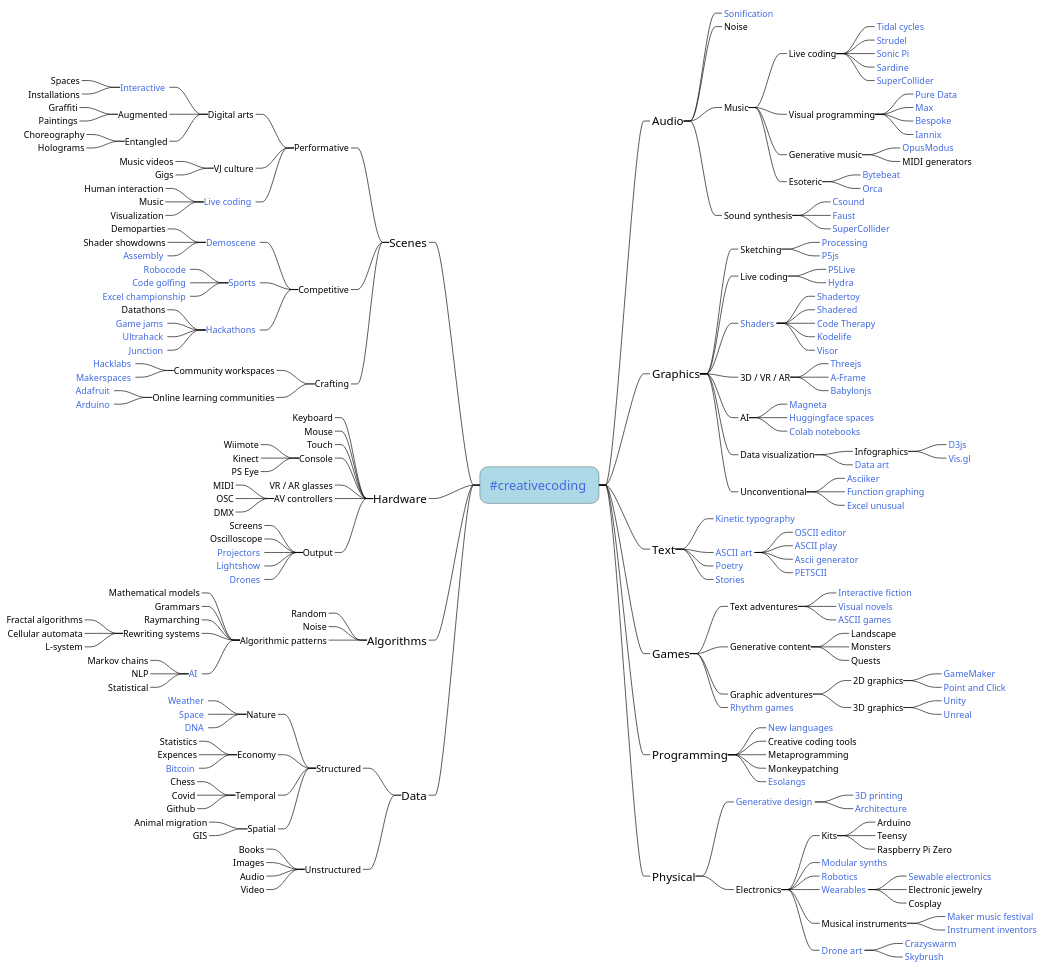
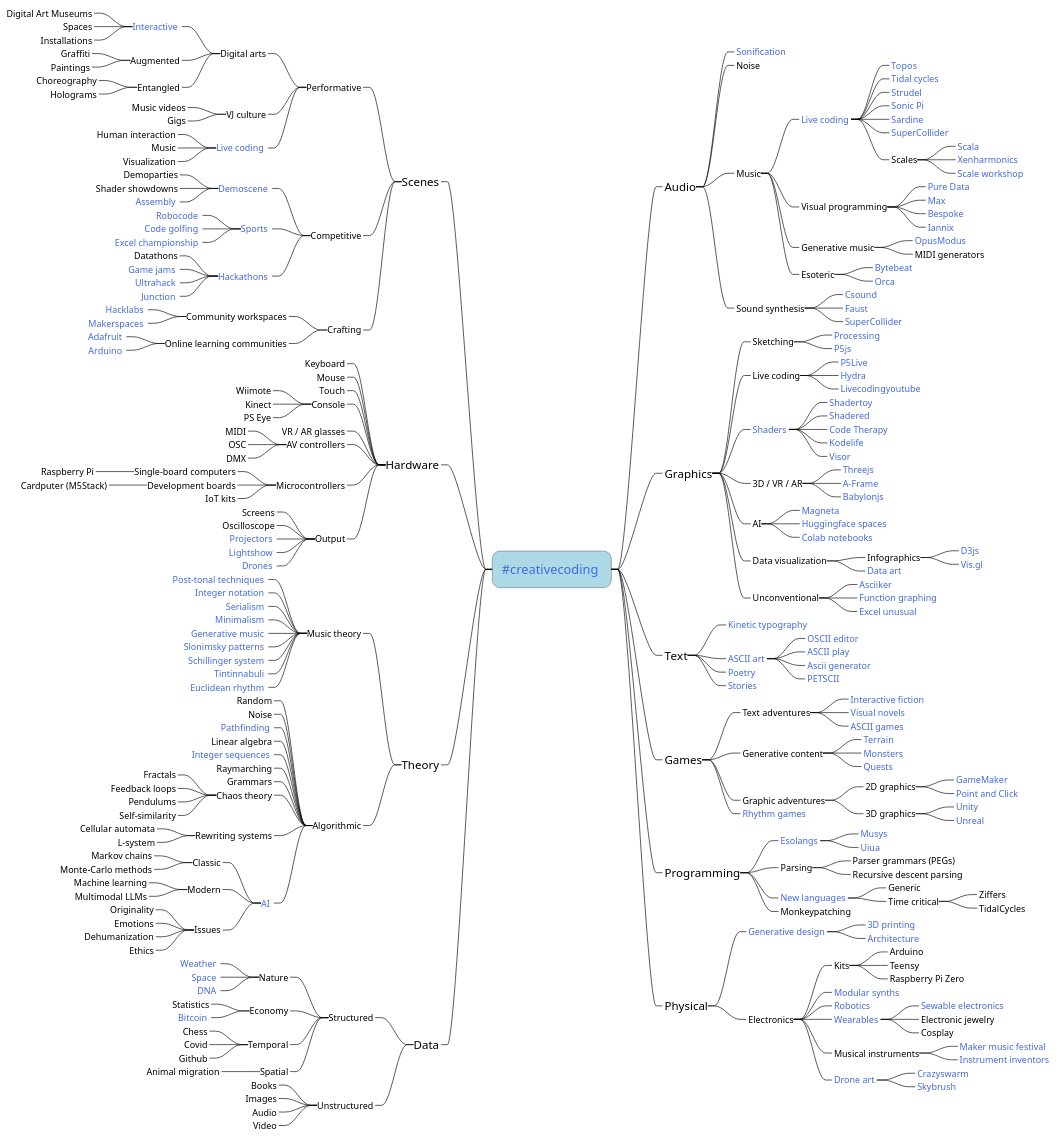
Before and after one commit to amiika/creativecodingmindmap: the diagram in mindmap.plantuml, drawn with PlantUML. The commit also changed 5 other files, not shown here.

```diff
--- a/mindmap.plantuml
+++ b/mindmap.plantuml
@@ -49,12 +49,17 @@
 ***_ [[https://sonification.design/ Sonification]] <<link>>
 ***_ Noise
 ***_ Music
-****_ Live coding
+****_ [[https://livecodingbook.toplap.org Live coding]] <<link>>
+*****_ [[https://topos.live Topos]] <<link>>
 *****_ [[https://tidalcycles.org/ Tidal cycles]] <<link>>
 *****_ [[https://strudel.tidalcycles.org/ Strudel]] <<link>>
 *****_ [[https://sonic-pi.net/ Sonic Pi]] <<link>>
 *****_ [[https://sardine.raphaelforment.fr/ Sardine]] <<link>>
 *****_ [[https://supercollider.github.io/ SuperCollider]] <<link>>
+*****_ Scales
+******_ [[https://www.huygens-fokker.org/scala/ Scala]] <<link>>
+******_ [[https://en.xen.wiki/w/Main_Page Xenharmonics]] <<link>>
+******_ [[https://scaleworkshop.plainsound.org Scale workshop]] <<link>>
 ****_ Visual programming
 *****_ [[https://puredata.info/ Pure Data]] <<link>>
 *****_ [[https://cycling74.com/products/max Max]] <<link>>
@@ -79,6 +84,7 @@
 ***_ Live coding
 ****_ [[https://teddavis.org/p5live P5Live]] <<link>>
 ****_ [[https://hydra.ojack.xyz/ Hydra]] <<link>>
+****_ [[https://livecodingyoutube.github.io Livecodingyoutube]] <<link>>
 ***_ [[https://thebookofshaders.com/{What are shaders?} Shaders]] <<link>>
 ****_ [[https://www.shadertoy.com/ Shadertoy]] <<link>>
 ****_ [[https://shadered.org/ Shadered]] <<link>>
@@ -121,9 +127,9 @@
 ****_ [[https://adelfaure.net/games/ ASCII games]] <<link>>
 
 ***_ Generative content
-****_ Landscape
-****_ Monsters
-****_ Quests
+****_ [[https://urn.fi/URN:NBN:fi:tuni-202304234159 Terrain]] <<link>>
+****_ [[https://www.kylehuang.design/monstergan Monsters]] <<link>>
+****_ [[https://github.com/gknappattack/DRAGN-Town-Quests Quests]] <<link>>
 ***_ Graphic adventures
 ****_ 2D graphics
 *****_ [[https://gamemaker.io/en GameMaker]] <<link>>
@@ -134,11 +140,18 @@
 ***_ [[https://github.com/topics/rhythm-game Rhythm games]] <<link>>
 
 **_ Programming
+***_ [[https://esolangs.org/wiki/Main_Page Esolangs]] <<link>>
+****_ [[https://esolangs.org/wiki/MUSYS Musys]] <<link>>
+****_ [[https://www.uiua.org Uiua]] <<link>>
+***_ Parsing
+****_ Parser grammars (PEGs)
+****_ Recursive descent parsing
 ***_ [[https://eloquentjavascript.net/12_language.html New languages]] <<link>>
-***_ Creative coding tools
-***_ Metaprogramming
+****_ Generic
+****_ Time critical
+*****_ Ziffers
+*****_ TidalCycles
 ***_ Monkeypatching
-***_ [[https://esolangs.org/wiki/Main_Page Esolangs]] <<link>>
 
 **_ Physical
 ***_ [[https://github.com/topics/generative-design Generative design]] <<link>>
@@ -167,6 +180,7 @@
 ---_ Performative
 ----_ Digital arts
 -----_ [[https://www.trendhunter.com/slideshow/interactive-art-installations Interactive]] <<link>>
+------_ Digital Art Museums
 ------_ Spaces
 ------_ Installations
 -----_ Augmented
@@ -222,6 +236,12 @@
 ----_ MIDI
 ----_ OSC
 ----_ DMX
+---_ Microcontrollers
+----_ Single-board computers
+-----_ Raspberry Pi
+----_ Development boards
+-----_ Cardputer (M5Stack)
+----_ IoT kits
 ---_ Output
 ----_ Screens
 ----_ Oscilloscope
@@ -229,21 +249,45 @@
 ----_ [[https://github.com/topics/lightshow Lightshow]] <<link>>
 ----_ [[https://github.com/topics/drone Drones]] <<link>>
 
---_ Algorithms
----_ Random
----_ Noise
----_ Algorithmic patterns
-----_ Mathematical models
+--_ Theory
+---_ Music theory
+----_ [[https://viva.pressbooks.pub/openmusictheory/part/20th-and-21st-century-techniques/ Post-tonal techniques]] <<link>>
+----_ [[https://viva.pressbooks.pub/openmusictheory/chapter/intervals-in-integer-notation/ Integer notation]] <<link>>
+----_ [[https://musictheory.pugetsound.edu/mt21c/Serialism.html Serialism]] <<link>>
+----_ [[https://musictheory.pugetsound.edu/mt21c/Minimalism.html Minimalism]] <<link>>
+----_ [[https://en.wikipedia.org/wiki/Generative_music Generative music]] <<link>>
+----_ [[https://atchai.com/blog/2016-02-09-john-coltrane-nicolas-slonimsky-and-the-arduino-part-1/ Slonimsky patterns]] <<link>>
+----_ [[https://en.wikipedia.org/wiki/Schillinger_system Schillinger system]] <<link>>
+----_ [[https://en.wikipedia.org/wiki/Tintinnabuli Tintinnabuli]] <<link>>
+----_ [[http://cgm.cs.mcgill.ca/~godfried/publications/banff.pdf Euclidean rhythm]] <<link>>
+---_ Algorithmic
+----_ Random
+----_ Noise
+----_ [[https://en.m.wikipedia.org/wiki/A*_search_algorithm Pathfinding]] <<link>>
+----_ Linear algebra
+----_ [[https://oeis.org Integer sequences]] <<link>>
+----_ Raymarching
 ----_ Grammars
-----_ Raymarching
+----_ Chaos theory
+-----_ Fractals
+-----_ Feedback loops
+-----_ Pendulums
+-----_ Self-similarity
 ----_ Rewriting systems
------_ Fractal algorithms
 -----_ Cellular automata
 -----_ L-system
 ----_ [[https://theresanaiforthat.com/ AI]] <<link>>
------_ Markov chains
------_ NLP
------_ Statistical
+-----_ Classic
+------_ Markov chains
+------_ Monte-Carlo methods
+-----_ Modern
+------_ Machine learning
+------_ Multimodal LLMs
+-----_ Issues
+------_ Originality
+------_ Emotions
+------_ Dehumanization
+------_ Ethics
 
 --_ Data
 ---_ Structured
@@ -253,7 +297,6 @@
 -----_ [[https://en.wikipedia.org/wiki/Protein_music DNA]] <<link>>
 ----_ Economy
 -----_ Statistics
------_ Expences
 -----_ [[https://www.bitlisten.com/ Bitcoin]] <<link>>
 ----_ Temporal
 -----_ Chess
@@ -261,7 +304,6 @@
 -----_ Github
 ----_ Spatial
 -----_ Animal migration
------_ GIS
 ---_ Unstructured
 ----_ Books
 ----_ Images
```
